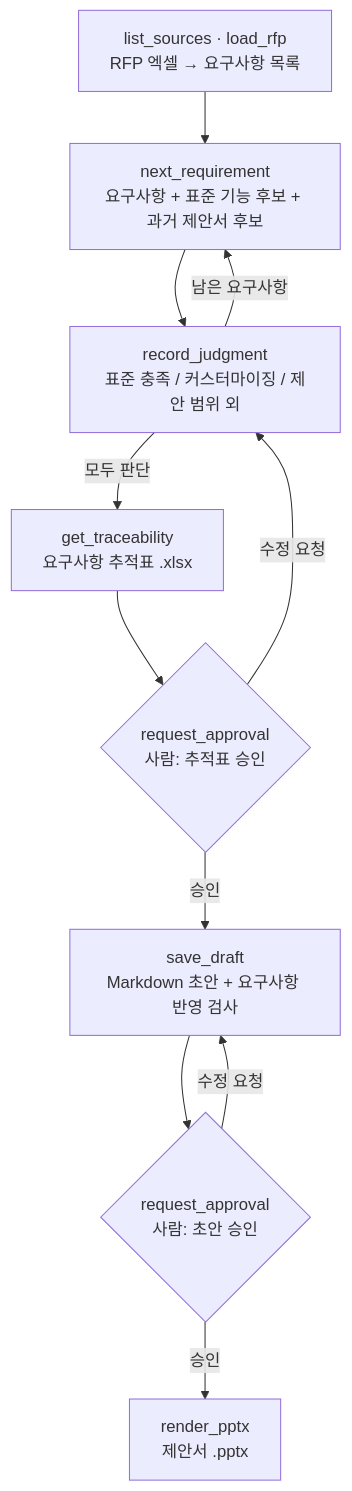
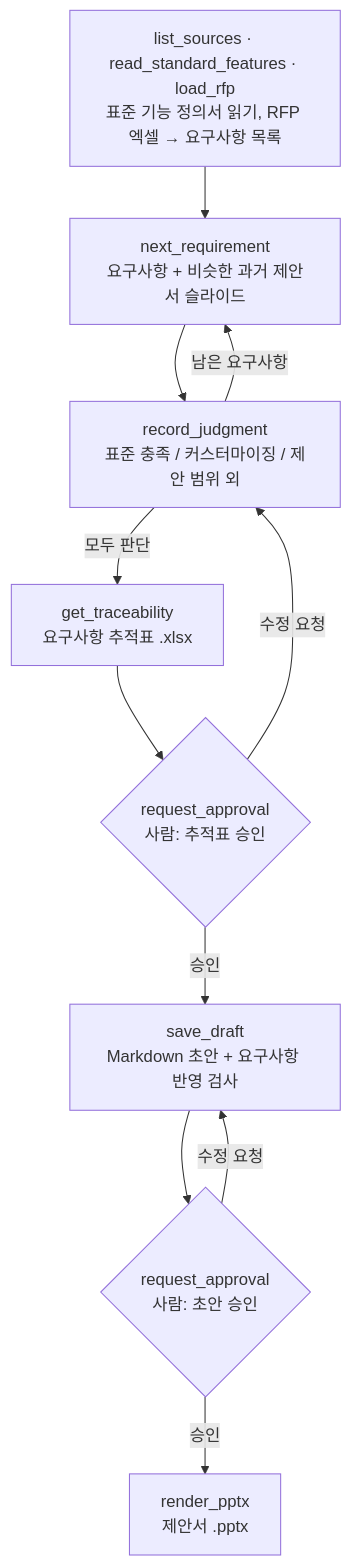
One commit to jableee/proposal-mcp changed the diagram in README.md. Above: the diagram before and after it, drawn with Mermaid. The commit also changed other lines of this file and 8 other files, not shown here.

````diff
--- a/README.md
+++ b/README.md
@@ -11,13 +11,13 @@
 ```mermaid
 flowchart TD
-  A[list_sources · load_rfp<br/>RFP 엑셀 → 요구사항 목록] --> B[next_requirement<br/>요구사항 + 표준 기능 후보 + 과거 제안서 후보]
+  A[list_sources · read_standard_features · load_rfp<br/>표준 기능 정의서 읽기, RFP 엑셀 → 요구사항 목록] --> B[next_requirement<br/>요구사항 + 비슷한 과거 제안서 슬라이드]
   B --> C[record_judgment<br/>표준 충족 / 커스터마이징 / 제안 범위 외]
   C -->|남은 요구사항| B
   C -->|모두 판단| D[get_traceability<br/>요구사항 추적표 .xlsx]
   D --> E{request_approval<br/>사람: 추적표 승인}
   E -->|수정 요청| C
   E -->|승인| F[save_draft<br/>Markdown 초안 + 요구사항 반영 검사]
   F --> G{request_approval<br/>사람: 초안 승인}
   G -->|수정 요청| F
   G -->|승인| H[render_pptx<br/>제안서 .pptx]
 ```
````
